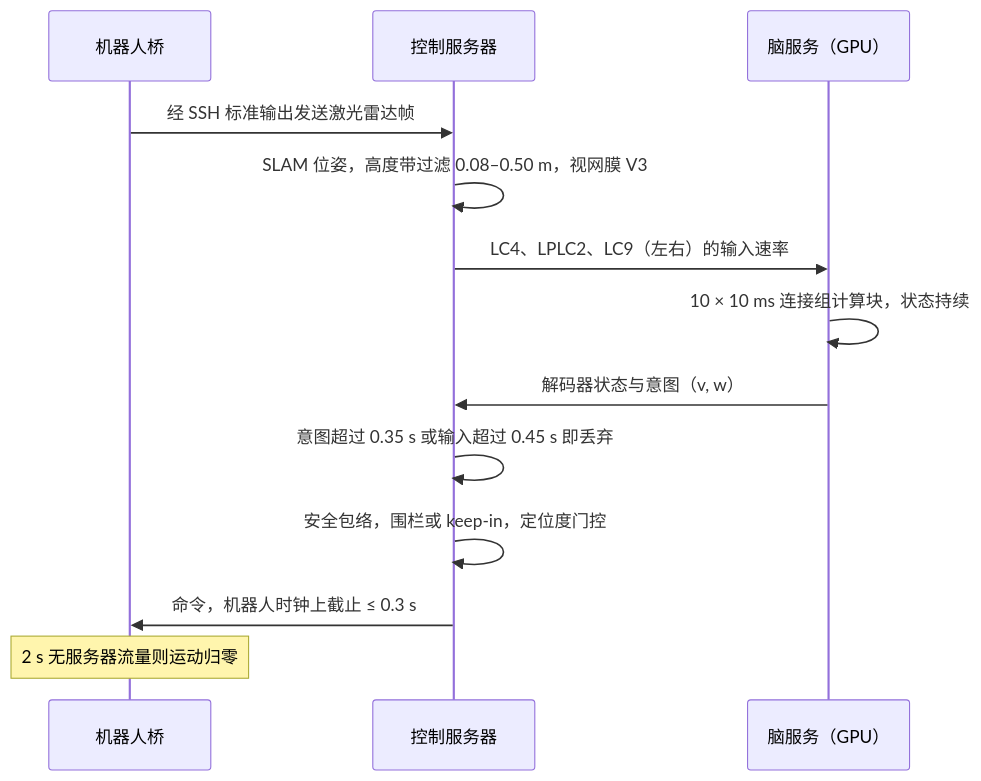
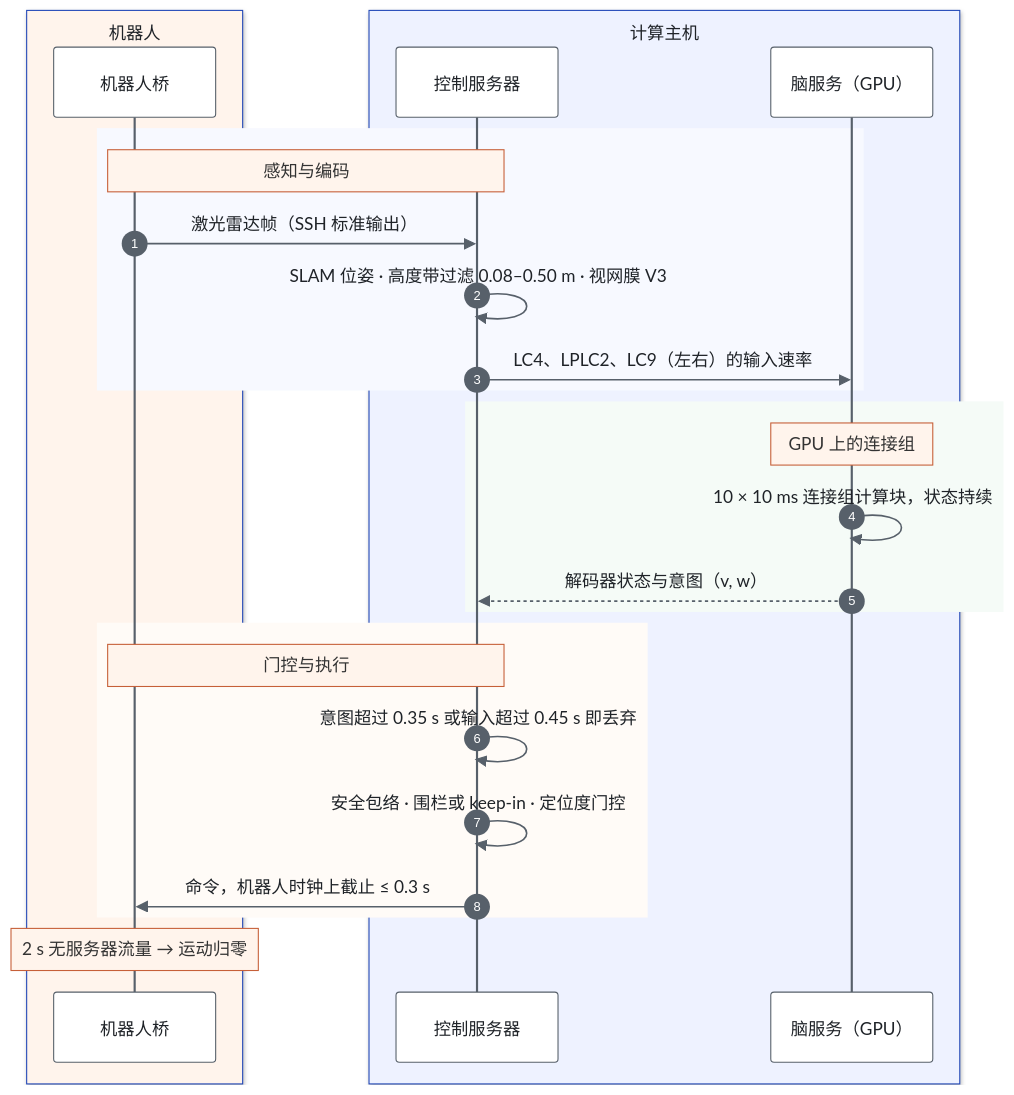
Before and after one commit to 12sqawdwq/FlyHead: the second of 2 diagrams in README.zh-CN.md, drawn with Mermaid. The commit also changed other lines of this file and 1 other file, not shown here.

First line of the commit message:
README: styled Mermaid diagrams

````diff
--- a/README.zh-CN.md
+++ b/README.zh-CN.md
@@ -245,15 +263,30 @@
 ```mermaid
+%%{init: {'theme': 'base', 'themeVariables': {'primaryColor': '#EEF2FF', 'primaryBorderColor': '#2148B8', 'primaryTextColor': '#1F2328', 'lineColor': '#57606A', 'clusterBkg': '#FAFAF7', 'clusterBorder': '#D0D7DE', 'edgeLabelBackground': '#FFFFFF', 'actorBkg': '#FFFFFF', 'actorBorder': '#57606A', 'signalColor': '#57606A', 'signalTextColor': '#1F2328', 'noteBkgColor': '#FFF4EC', 'noteBorderColor': '#C65F38', 'sequenceNumberColor': '#FFFFFF'}}}%%
 sequenceDiagram
-    participant R as 机器人桥
-    participant S as 控制服务器
-    participant B as 脑服务（GPU）
-    R->>S: 经 SSH 标准输出发送激光雷达帧
-    S->>S: SLAM 位姿，高度带过滤 0.08–0.50 m，视网膜 V3
-    S->>B: LC4、LPLC2、LC9（左右）的输入速率
-    B->>B: 10 × 10 ms 连接组计算块，状态持续
-    B->>S: 解码器状态与意图（v, w）
-    S->>S: 意图超过 0.35 s 或输入超过 0.45 s 即丢弃
-    S->>S: 安全包络，围栏或 keep-in，定位度门控
-    S->>R: 命令，机器人时钟上截止 ≤ 0.3 s
-    Note over R: 2 s 无服务器流量则运动归零
+    autonumber
+    box rgb(255,244,236) 机器人
+        participant R as 机器人桥
+    end
+    box rgb(238,242,255) 计算主机
+        participant S as 控制服务器
+        participant B as 脑服务（GPU）
+    end
+    rect rgb(247,249,255)
+        Note over R,S: 感知与编码
+        R->>S: 激光雷达帧（SSH 标准输出）
+        S->>S: SLAM 位姿 · 高度带过滤 0.08–0.50 m · 视网膜 V3
+        S->>B: LC4、LPLC2、LC9（左右）的输入速率
+    end
+    rect rgb(245,251,247)
+        Note over B: GPU 上的连接组
+        B->>B: 10 × 10 ms 连接组计算块，状态持续
+        B-->>S: 解码器状态与意图（v, w）
+    end
+    rect rgb(255,251,247)
+        Note over S,R: 门控与执行
+        S->>S: 意图超过 0.35 s 或输入超过 0.45 s 即丢弃
+        S->>S: 安全包络 · 围栏或 keep-in · 定位度门控
+        S->>R: 命令，机器人时钟上截止 ≤ 0.3 s
+    end
+    Note over R: 2 s 无服务器流量 → 运动归零
 ```
````
